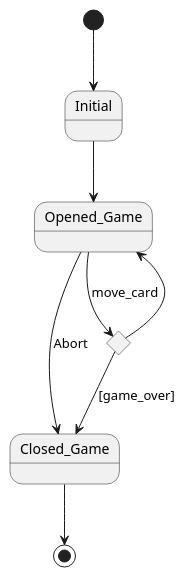
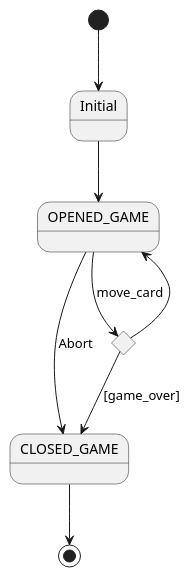
The diagram in useCaseView/state-diagram.puml (ciscoruiz/klondike), drawn with PlantUML before and after one commit. The commit also changed 10 other files, not shown here.

Commit message:
Create activity diagrams for all Use Cases

```diff
--- a/useCaseView/state-diagram.puml
+++ b/useCaseView/state-diagram.puml
@@ -1,14 +1,14 @@
 @startuml
 [*] --> Initial
 
 state game_over <<choice>>
 
-Initial --> Opened_Game
-Opened_Game -> Closed_Game : Abort
-Opened_Game -> game_over : move_card
-game_over --> Closed_Game : [game_over]
-game_over --> Opened_Game
+Initial --> OPENED_GAME
+OPENED_GAME -> CLOSED_GAME : Abort
+OPENED_GAME -> game_over : move_card
+game_over --> CLOSED_GAME : [game_over]
+game_over --> OPENED_GAME
 
-Closed_Game --> [*]
+CLOSED_GAME --> [*]
 
 @enduml
```
